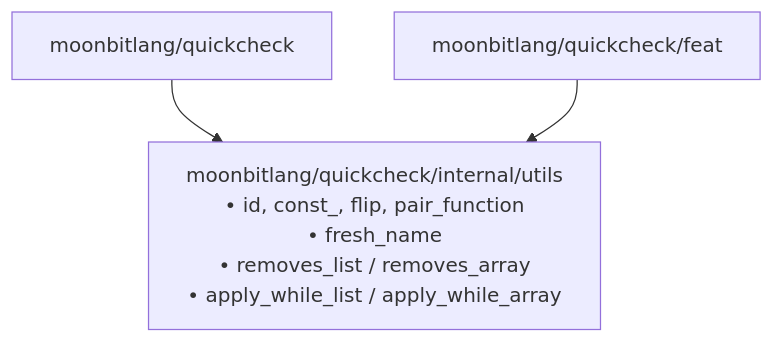
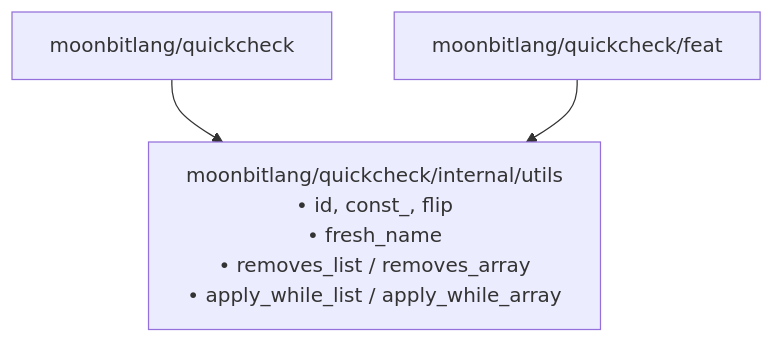
The diagram in src/internal/utils/README.mbt.md (moonbitlang/quickcheck), drawn with Mermaid before and after one commit. The commit also changed other lines of this file and 8 other files, not shown here.

First line of the commit message:
refactor: deprecate @utils.pair_function and inline at call sites

````diff
--- a/src/internal/utils/README.mbt.md
+++ b/src/internal/utils/README.mbt.md
@@ -14,6 +14,6 @@
 ```mermaid
 flowchart TD
   qc["moonbitlang/quickcheck"] --> utils
   feat["moonbitlang/quickcheck/feat"] --> utils
-  utils["moonbitlang/quickcheck/internal/utils<br/>• id, const_, flip, pair_function<br/>• fresh_name<br/>• removes_list / removes_array<br/>• apply_while_list / apply_while_array"]
+  utils["moonbitlang/quickcheck/internal/utils<br/>• id, const_, flip<br/>• fresh_name<br/>• removes_list / removes_array<br/>• apply_while_list / apply_while_array"]
 ```
````
